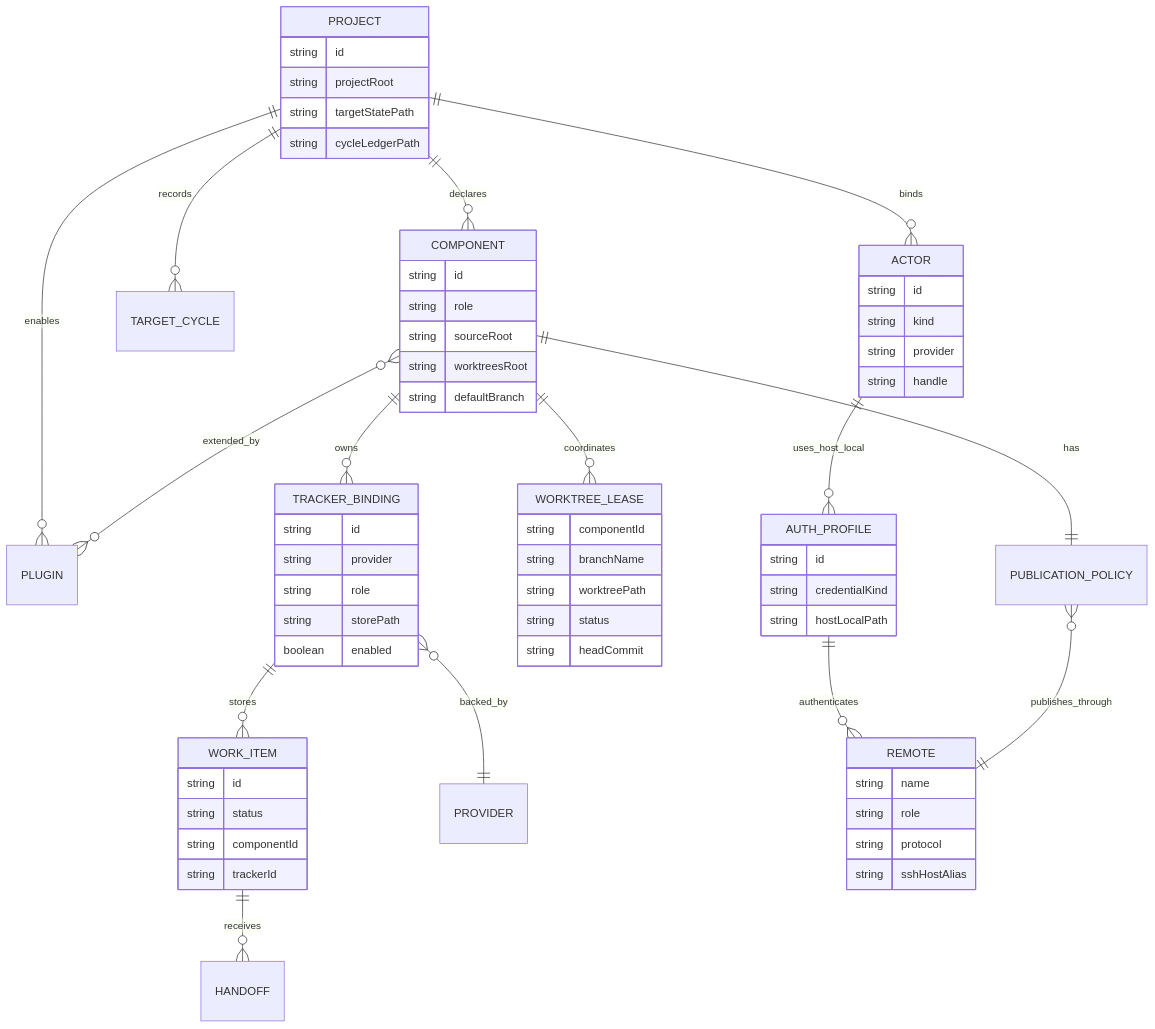
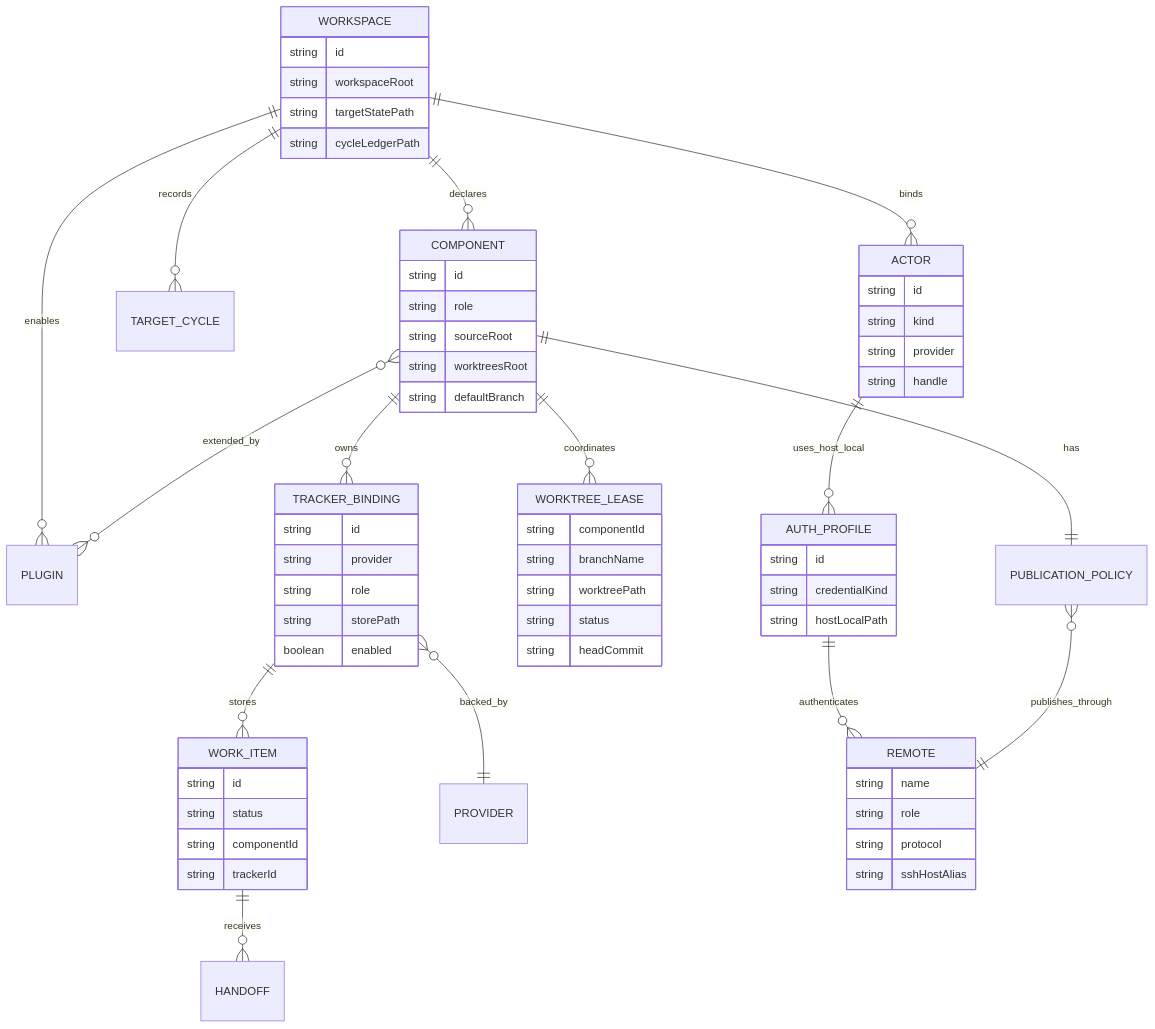
One commit to Evref-BL/DevNexus changed the fourth of 4 diagrams in docs/dev-nexus-operating-model.md. Above: the diagram before and after it, drawn with Mermaid. The commit also changed other lines of this file and 7 other files, not shown here.

````diff
--- a/docs/dev-nexus-operating-model.md
+++ b/docs/dev-nexus-operating-model.md
@@ -136,75 +136,75 @@
 ```mermaid
 erDiagram
-  PROJECT ||--o{ COMPONENT : declares
-  PROJECT ||--o{ TARGET_CYCLE : records
-  PROJECT ||--o{ ACTOR : binds
-  PROJECT ||--o{ PLUGIN : enables
+  WORKSPACE ||--o{ COMPONENT : declares
+  WORKSPACE ||--o{ TARGET_CYCLE : records
+  WORKSPACE ||--o{ ACTOR : binds
+  WORKSPACE ||--o{ PLUGIN : enables
   COMPONENT ||--o{ TRACKER_BINDING : owns
   COMPONENT ||--o{ WORKTREE_LEASE : coordinates
   COMPONENT ||--|| PUBLICATION_POLICY : has
   COMPONENT }o--o{ PLUGIN : extended_by
   TRACKER_BINDING ||--o{ WORK_ITEM : stores
   TRACKER_BINDING }o--|| PROVIDER : backed_by
   WORK_ITEM ||--o{ HANDOFF : receives
   ACTOR ||--o{ AUTH_PROFILE : uses_host_local
   AUTH_PROFILE ||--o{ REMOTE : authenticates
   PUBLICATION_POLICY }o--|| REMOTE : publishes_through
 
-  PROJECT {
+  WORKSPACE {
     string id
-    string projectRoot
+    string workspaceRoot
     string targetStatePath
     string cycleLedgerPath
   }
 
   COMPONENT {
     string id
     string role
     string sourceRoot
     string worktreesRoot
     string defaultBranch
   }
 
   TRACKER_BINDING {
     string id
     string provider
     string role
     string storePath
     boolean enabled
   }
 
   WORK_ITEM {
     string id
     string status
     string componentId
     string trackerId
   }
 
   WORKTREE_LEASE {
     string componentId
     string branchName
     string worktreePath
     string status
     string headCommit
   }
 
   ACTOR {
     string id
     string kind
     string provider
     string handle
   }
 
   AUTH_PROFILE {
     string id
     string credentialKind
     string hostLocalPath
   }
 
   REMOTE {
     string name
     string role
     string protocol
     string sshHostAlias
   }
 ```
````
